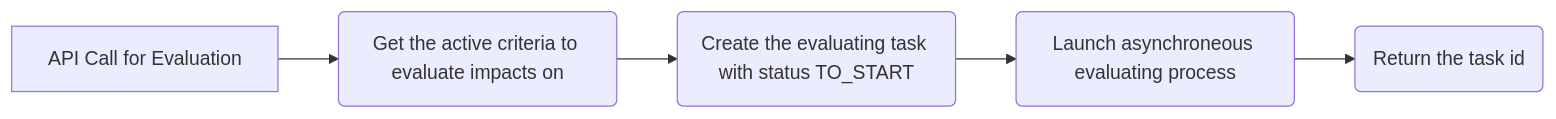
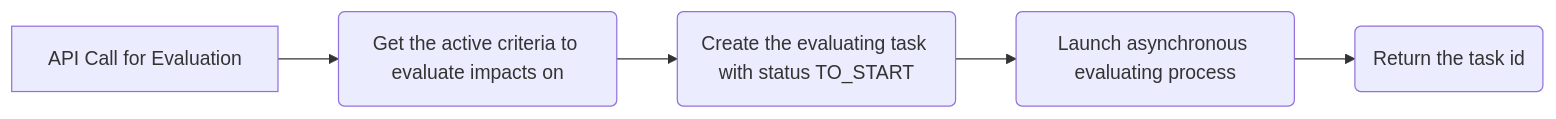
One commit to teamg4it/g4it changed the first of 2 diagrams in services/documentation/content/3-technical-documentation/4-backend_documentation/2-api_documentation/2-evaluation/digital_service/_index.md. Above: the diagram before and after it, drawn with Mermaid. The commit also changed other lines of this file and 92 other files, not shown here.

```diff
--- a/services/documentation/content/3-technical-documentation/4-backend_documentation/2-api_documentation/2-evaluation/digital_service/_index.md
+++ b/services/documentation/content/3-technical-documentation/4-backend_documentation/2-api_documentation/2-evaluation/digital_service/_index.md
@@ -21,8 +21,8 @@
 {{< mermaid align="center">}}
 
 flowchart LR
 A[API Call for Evaluation] --> B(Get the active criteria to evaluate impacts on)
 B --> C(Create the evaluating task with status TO_START)
-C --> D(Launch asynchroneous evaluating process)
+C --> D(Launch asynchronous evaluating process)
 D --> E(Return the task id)
 {{</ mermaid >}}
```
